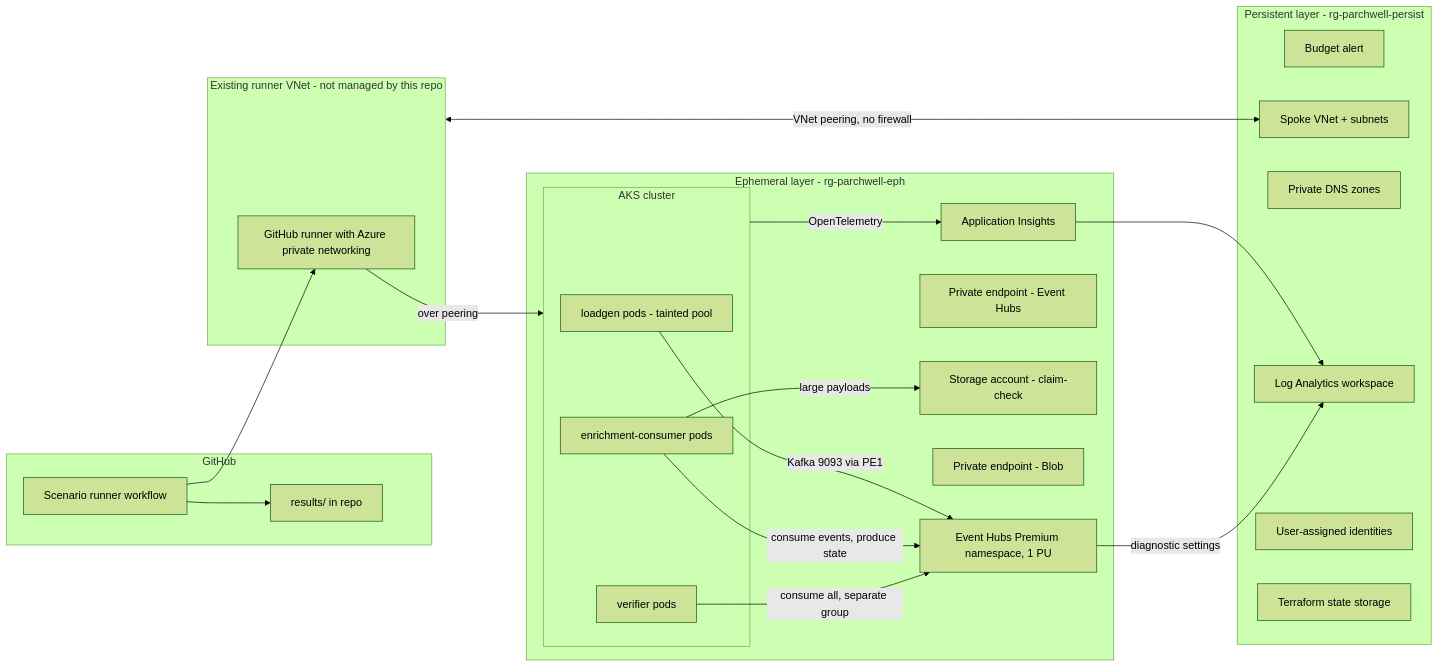
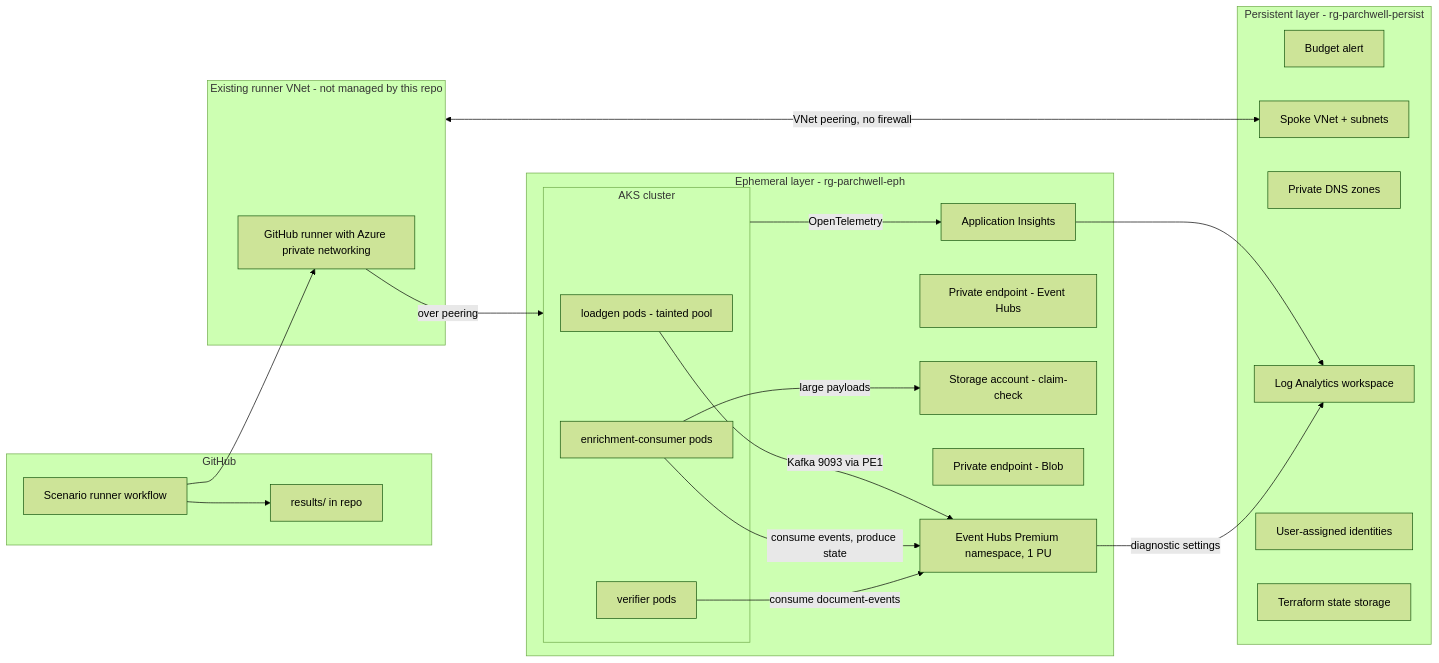
Before and after one commit to collaborationwithothers/eventhubs-kafka-dotnet: the diagram in docs/blueprint.md, drawn with Mermaid (forest theme). The commit also changed other lines of this file and 1 other file, not shown here.

````diff
--- a/docs/blueprint.md
+++ b/docs/blueprint.md
@@ -60,41 +60,41 @@
 ```mermaid
 flowchart LR
   subgraph GH[GitHub]
     WF[Scenario runner workflow]
     RES[results/ in repo]
   end
   subgraph RVN[Existing runner VNet - not managed by this repo]
     RUN[GitHub runner with Azure private networking]
   end
   subgraph PERSIST[Persistent layer - rg-parchwell-persist]
     BUD[Budget alert]
     VNET[Spoke VNet + subnets]
     DNS[Private DNS zones]
     LAW[Log Analytics workspace]
     UAMI[User-assigned identities]
     TFS[Terraform state storage]
   end
   subgraph EPH[Ephemeral layer - rg-parchwell-eph]
     subgraph AKS[AKS cluster]
       LG[loadgen pods - tainted pool]
       EC[enrichment-consumer pods]
       VER[verifier pods]
     end
     EHN[Event Hubs Premium namespace, 1 PU]
     PE1[Private endpoint - Event Hubs]
     BLOB[Storage account - claim-check]
     PE2[Private endpoint - Blob]
     AI[Application Insights]
   end
   WF --> RUN
   RVN <-->|VNet peering, no firewall| VNET
   RUN -->|over peering| AKS
   LG -->|Kafka 9093 via PE1| EHN
   EC -->|consume events, produce state| EHN
-  VER -->|consume all, separate group| EHN
+  VER -->|consume document-events| EHN
   EC -->|large payloads| BLOB
   AKS -->|OpenTelemetry| AI
   AI --> LAW
   EHN -->|diagnostic settings| LAW
   WF --> RES
 ```
````
